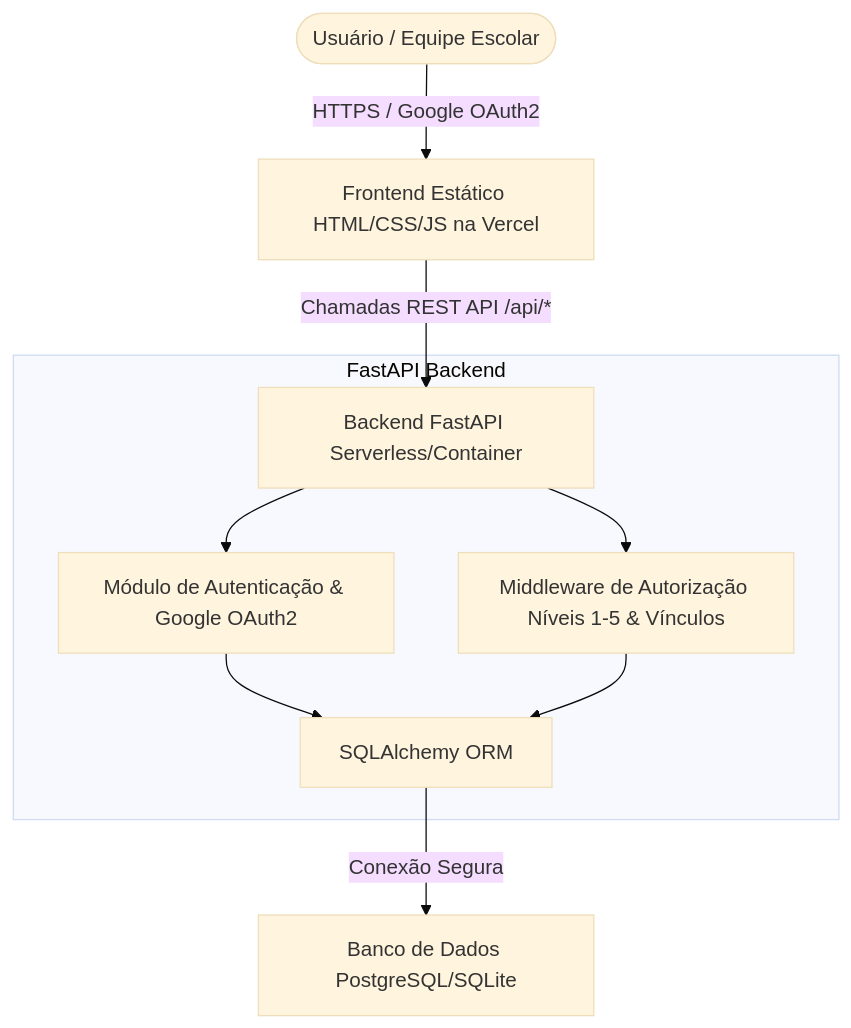
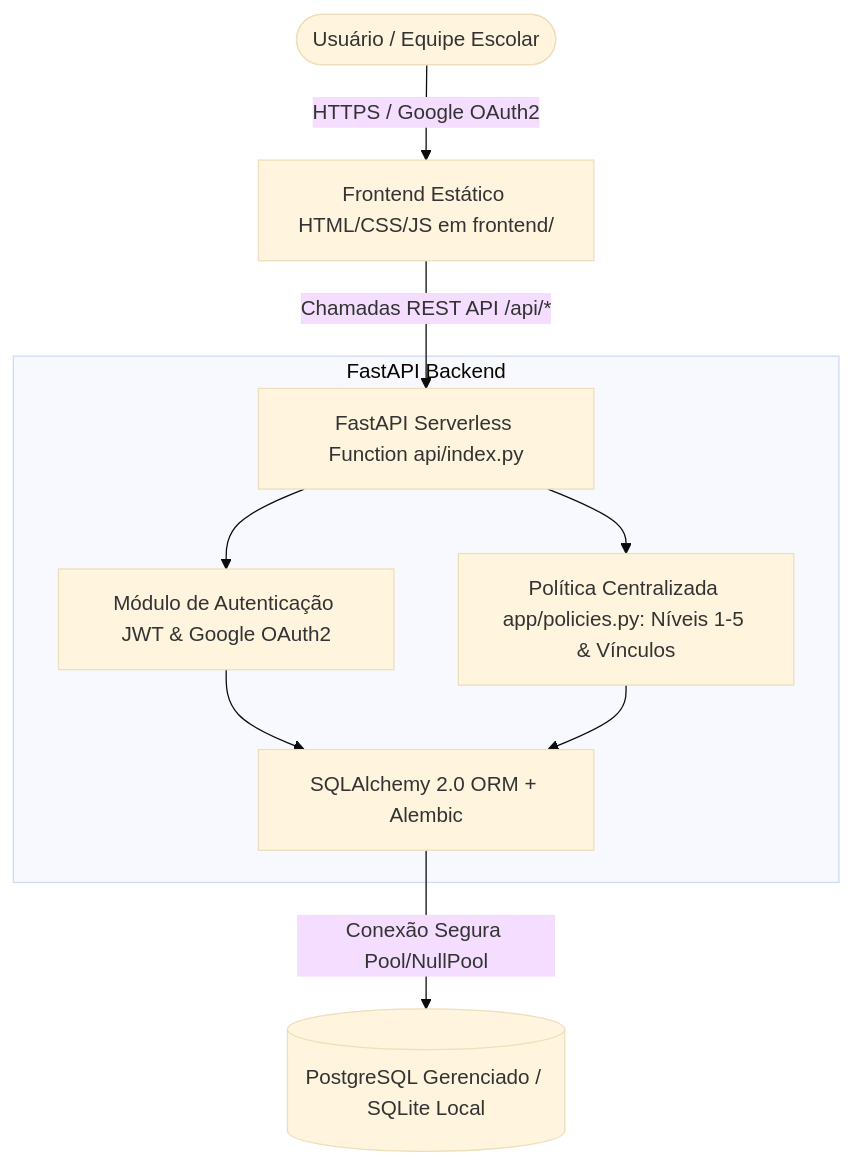
One commit to regi-lpf/compedu changed the first of 2 diagrams in docs/arq-decisoes-final.md. Above: the diagram before and after it, drawn with Mermaid (base theme). The commit also changed other lines of this file and 2 other files, not shown here.

Commit message:
F7: atualiza documentacao arquitetural, UML, decisoes de produto e README

````diff
--- a/docs/arq-decisoes-final.md
+++ b/docs/arq-decisoes-final.md
@@ -39,14 +39,14 @@
 ```mermaid
 graph TD
-    User([Usuário / Equipe Escolar]) -->|HTTPS / Google OAuth2| Vercel[Frontend Estático HTML/CSS/JS na Vercel]
-    Vercel -->|Chamadas REST API /api/*| FastAPI[Backend FastAPI Serverless/Container]
+    User([Usuário / Equipe Escolar]) -->|HTTPS / Google OAuth2| Vercel[Frontend Estático HTML/CSS/JS em frontend/]
+    Vercel -->|Chamadas REST API /api/*| FastAPI[FastAPI Serverless Function api/index.py]
     
     subgraph FastAPI Backend
-        FastAPI --> Auth[Módulo de Autenticação & Google OAuth2]
-        FastAPI --> RBAC[Middleware de Autorização Níveis 1-5 & Vínculos]
-        Auth --> ORM[SQLAlchemy ORM]
+        FastAPI --> Auth[Módulo de Autenticação JWT & Google OAuth2]
+        FastAPI --> RBAC[Política Centralizada app/policies.py: Níveis 1-5 & Vínculos]
+        Auth --> ORM[SQLAlchemy 2.0 ORM + Alembic]
         RBAC --> ORM
     end
 
-    ORM -->|Conexão Segura| DB[Banco de Dados PostgreSQL/SQLite]
+    ORM -->|Conexão Segura Pool/NullPool| DB[(PostgreSQL Gerenciado / SQLite Local)]
 ```
````
